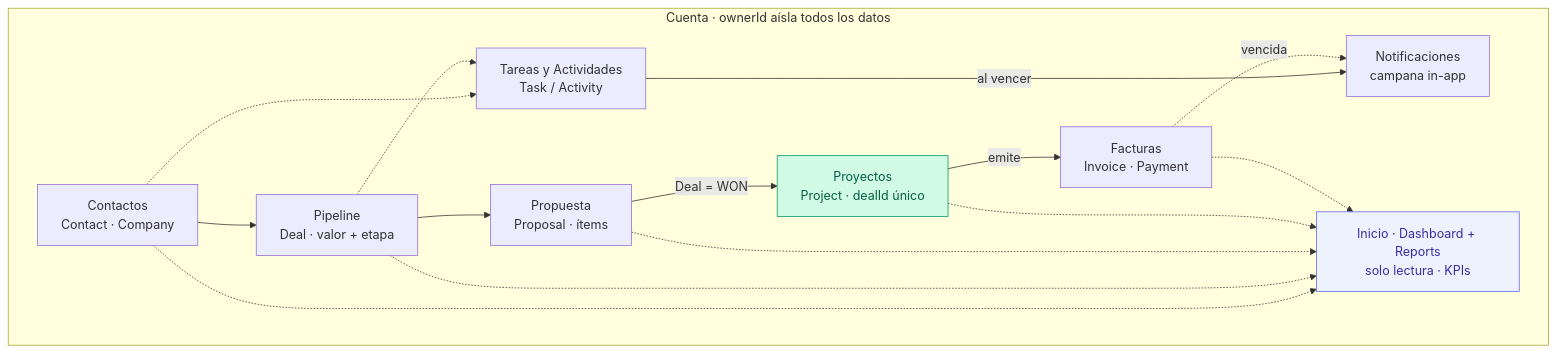
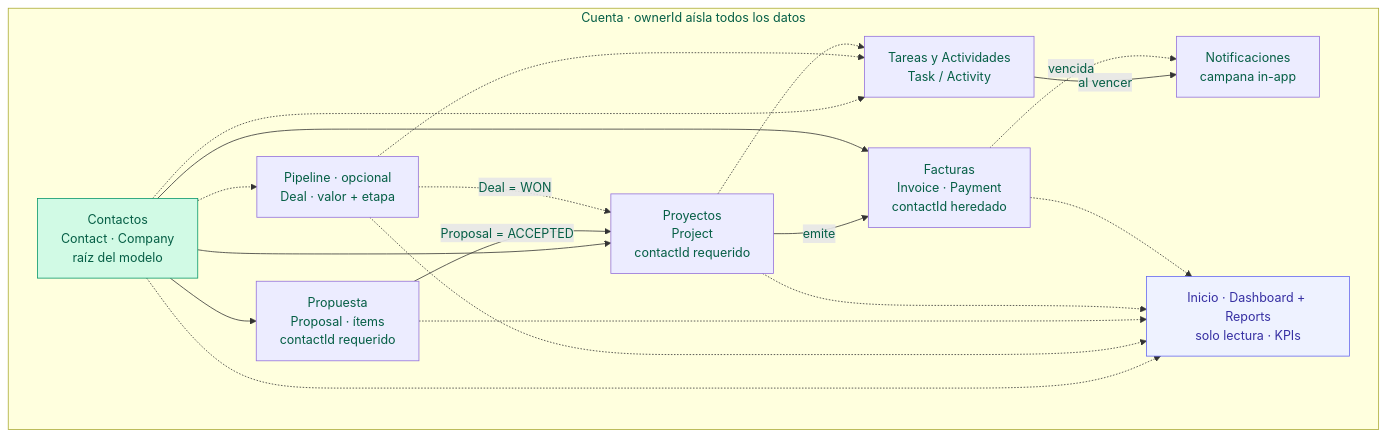
The diagram in README.md (ByronGG/crm_freelance), drawn with Mermaid before and after one commit. The commit also changed other lines of this file, not shown here.

````diff
--- a/README.md
+++ b/README.md
@@ -47,34 +50,39 @@
 ```mermaid
 flowchart LR
   subgraph cuenta["Cuenta · ownerId aísla todos los datos"]
     direction LR
-    C["Contactos<br/>Contact · Company"]
-    D["Pipeline<br/>Deal · valor + etapa"]
-    P["Propuesta<br/>Proposal · ítems"]
-    PR["Proyectos<br/>Project · dealId único"]
-    F["Facturas<br/>Invoice · Payment"]
+    C["Contactos<br/>Contact · Company<br/>raíz del modelo"]
+    P["Propuesta<br/>Proposal · ítems<br/>contactId requerido"]
+    PR["Proyectos<br/>Project<br/>contactId requerido"]
+    F["Facturas<br/>Invoice · Payment<br/>contactId heredado"]
+    D["Pipeline · opcional<br/>Deal · valor + etapa"]
 
-    C --> D --> P
-    P -->|Deal = WON| PR
+    C --> P
+    C --> PR
+    C -.-> D
+    P -->|Proposal = ACCEPTED| PR
+    D -.->|Deal = WON| PR
     PR -->|emite| F
+    C --> F
 
     T["Tareas y Actividades<br/>Task / Activity"]
     N["Notificaciones<br/>campana in-app"]
     C -.-> T
     D -.-> T
+    PR -.-> T
     T -->|al vencer| N
     F -.->|vencida| N
 
     DB["Inicio · Dashboard + Reports<br/>solo lectura · KPIs"]
     C -.-> DB
     D -.-> DB
     P -.-> DB
     PR -.-> DB
     F -.-> DB
   end
 
-  classDef gate fill:#d1fae5,stroke:#059669,color:#065f46;
+  classDef root fill:#d1fae5,stroke:#059669,color:#065f46;
   classDef read fill:#eef2ff,stroke:#6366f1,color:#3730a3;
-  class PR gate;
+  class C root;
   class DB read;
 ```
````
